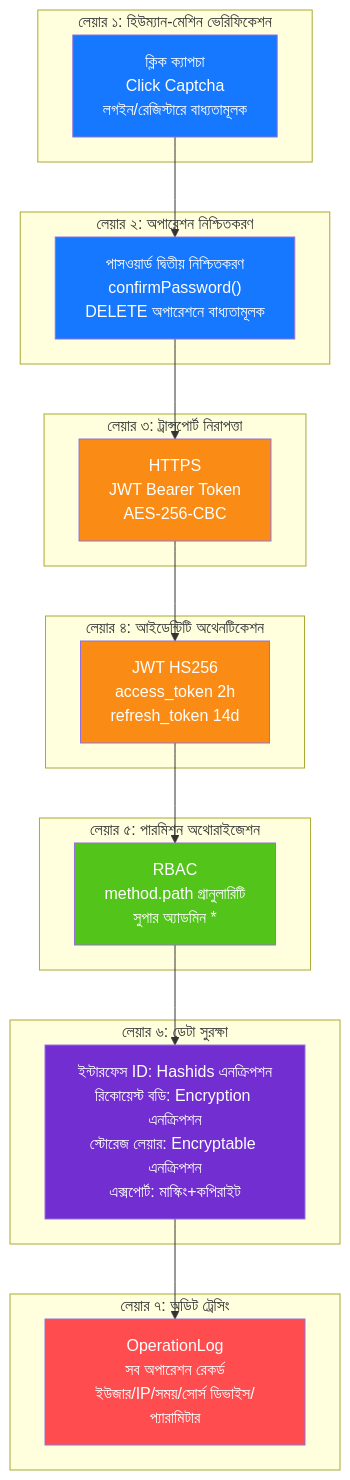
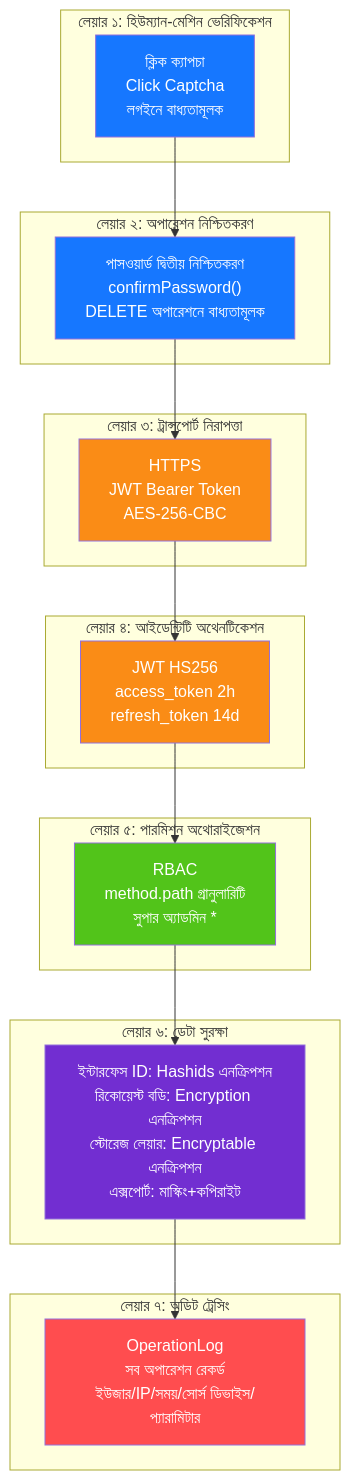
One commit to erikwang2013/open-admin changed diagram 13 of 14 in docs/ARCHITECTURE.bn.md. Above: the diagram before and after it, drawn with Mermaid. The commit also changed other lines of this file and 115 other files, not shown here.

First line of the commit message:
功能：新增项目宠物「小安」、站点首页与手写 SVG 设计图集；全部文档对齐代码

````diff
--- a/docs/ARCHITECTURE.bn.md
+++ b/docs/ARCHITECTURE.bn.md
@@ -607,40 +597,40 @@
 ```mermaid
 flowchart TB
     subgraph "লেয়ার ১: হিউম্যান-মেশিন ভেরিফিকেশন"
-        L1["ক্লিক ক্যাপচা<br/>Click Captcha<br/>লগইন/রেজিস্টারে বাধ্যতামূলক"]
+        L1["ক্লিক ক্যাপচা<br/>Click Captcha<br/>লগইনে বাধ্যতামূলক"]
     end
 
     subgraph "লেয়ার ২: অপারেশন নিশ্চিতকরণ"
         L2["পাসওয়ার্ড দ্বিতীয় নিশ্চিতকরণ<br/>confirmPassword()<br/>DELETE অপারেশনে বাধ্যতামূলক"]
     end
 
     subgraph "লেয়ার ৩: ট্রান্সপোর্ট নিরাপত্তা"
         L3["HTTPS<br/>JWT Bearer Token<br/>AES-256-CBC"]
     end
 
     subgraph "লেয়ার ৪: আইডেন্টিটি অথেনটিকেশন"
         L4["JWT HS256<br/>access_token 2h<br/>refresh_token 14d"]
     end
 
     subgraph "লেয়ার ৫: পারমিশন অথোরাইজেশন"
         L5["RBAC<br/>method.path গ্রানুলারিটি<br/>সুপার অ্যাডমিন * "]
     end
 
     subgraph "লেয়ার ৬: ডেটা সুরক্ষা"
         L6["ইন্টারফেস ID: Hashids এনক্রিপশন<br/>রিকোয়েস্ট বডি: Encryption এনক্রিপশন<br/>স্টোরেজ লেয়ার: Encryptable এনক্রিপশন<br/>এক্সপোর্ট: মাস্কিং+কপিরাইট"]
     end
 
     subgraph "লেয়ার ৭: অডিট ট্রেসিং"
         L7["OperationLog<br/>সব অপারেশন রেকর্ড<br/>ইউজার/IP/সময়/সোর্স ডিভাইস/প্যারামিটার"]
     end
 
     L1 --> L2 --> L3 --> L4 --> L5 --> L6 --> L7
 
     style L1 fill:#1677FF,color:#fff
     style L2 fill:#1677FF,color:#fff
     style L3 fill:#FA8C16,color:#fff
     style L4 fill:#FA8C16,color:#fff
     style L5 fill:#52C41A,color:#fff
     style L6 fill:#722ED1,color:#fff
     style L7 fill:#FF4D4F,color:#fff
 ```
````
